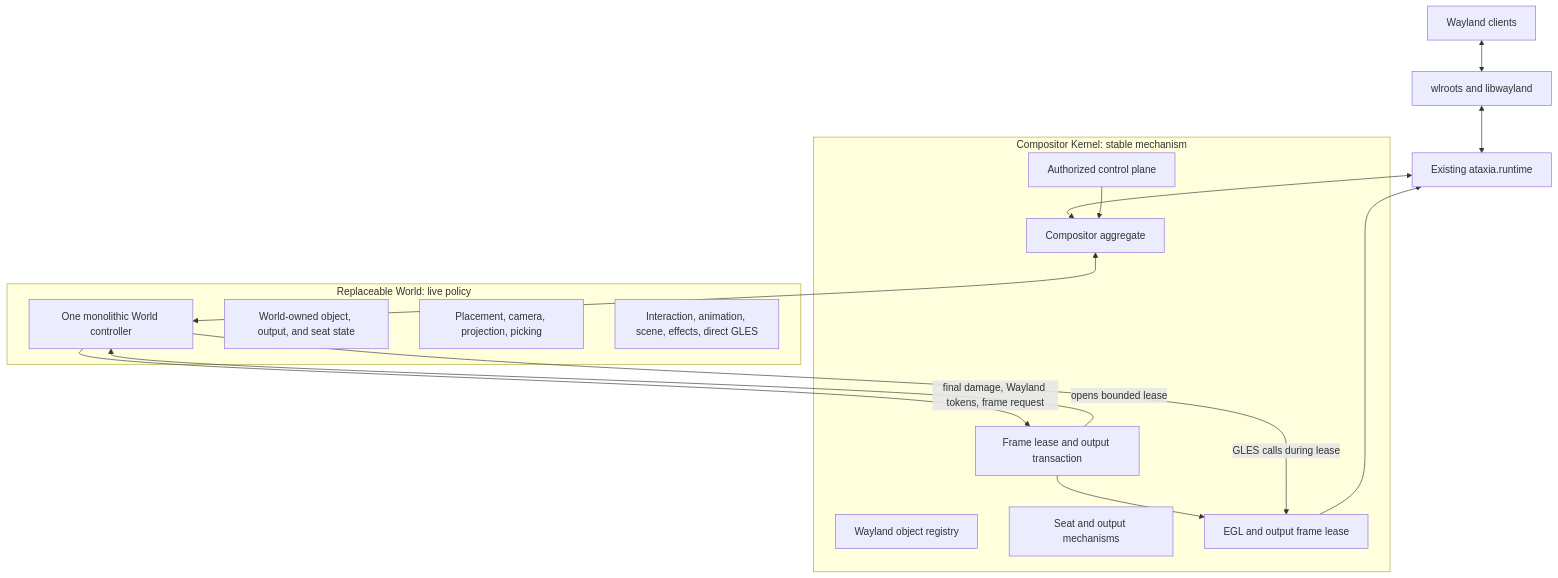
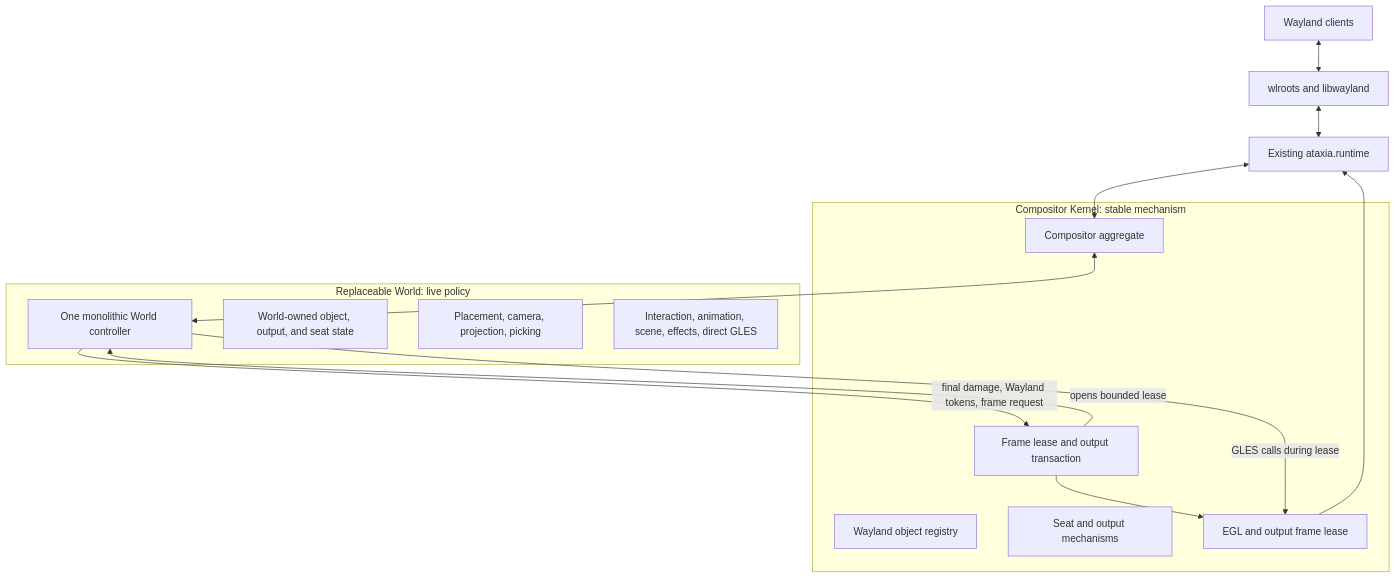
One commit to SeungheonOh/ataxia changed the first of 4 diagrams in docs/POST-RUNTIME-REDESIGN-PLAN.md. Above: the diagram before and after it, drawn with Mermaid. The commit also changed other lines of this file, not shown here.

````diff
--- a/docs/POST-RUNTIME-REDESIGN-PLAN.md
+++ b/docs/POST-RUNTIME-REDESIGN-PLAN.md
@@ -96,30 +96,28 @@
 ```mermaid
 flowchart TD
     CLIENT[Wayland clients] <--> WLR[wlroots and libwayland]
     WLR <--> RT[Existing ataxia.runtime]
 
     subgraph K[Compositor Kernel: stable mechanism]
       ROOT[Compositor aggregate]
       MODEL[Wayland object registry]
       IO[Seat and output mechanisms]
       FRAME[Frame lease and output transaction]
       LEASE[EGL and output frame lease]
-      CONTROL[Authorized control plane]
     end
 
     subgraph W[Replaceable World: live policy]
       WORLD[One monolithic World controller]
       META[World-owned object, output, and seat state]
       SPACE[Placement, camera, projection, picking]
       POLICY[Interaction, animation, scene, effects, direct GLES]
     end
 
     RT <--> ROOT
     ROOT <--> WORLD
     WORLD -->|final damage, Wayland tokens, frame request| FRAME
     FRAME -->|opens bounded lease| WORLD
     FRAME --> LEASE
     WORLD -->|GLES calls during lease| LEASE
     LEASE --> RT
-    CONTROL --> ROOT
 ```
````
